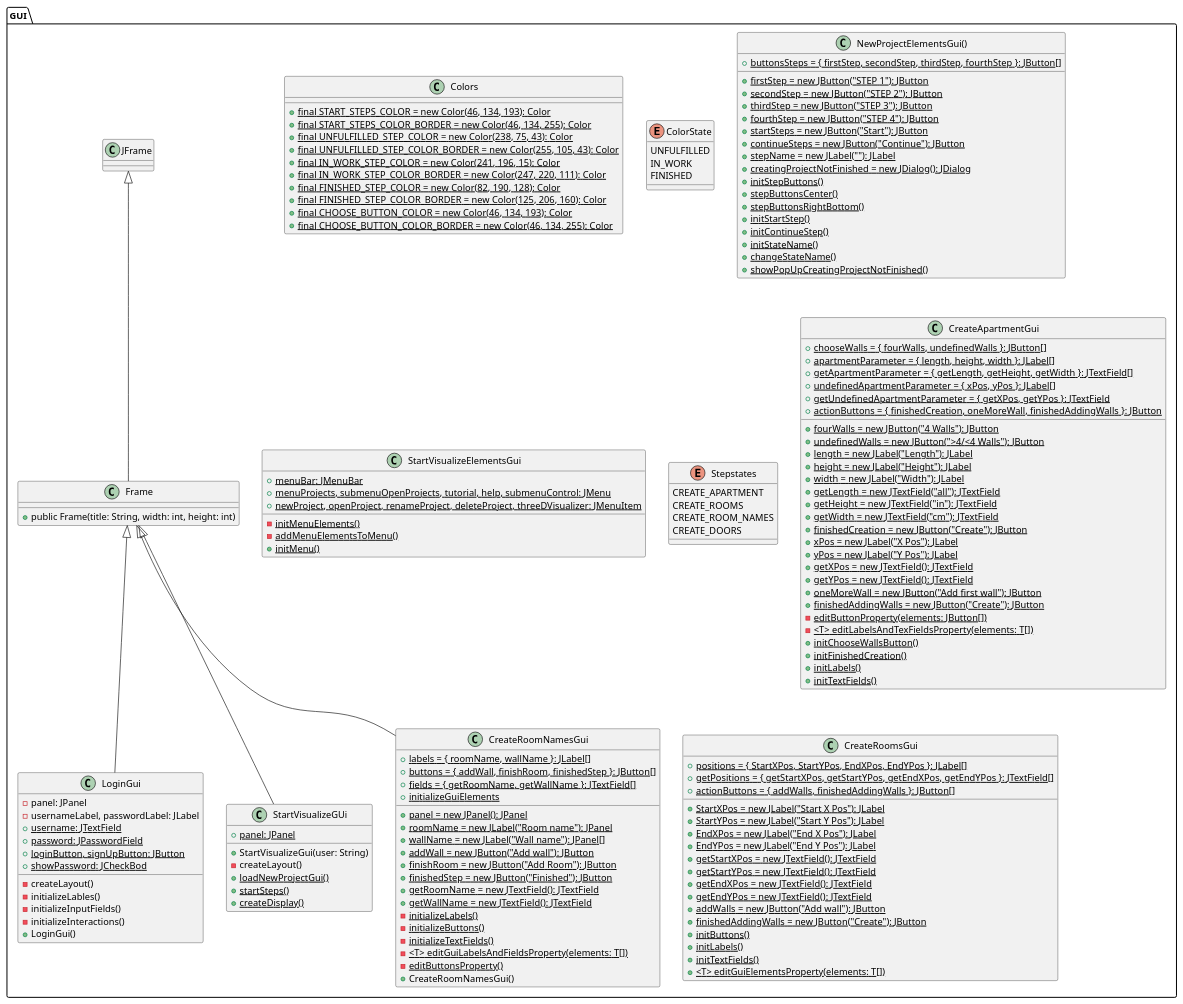
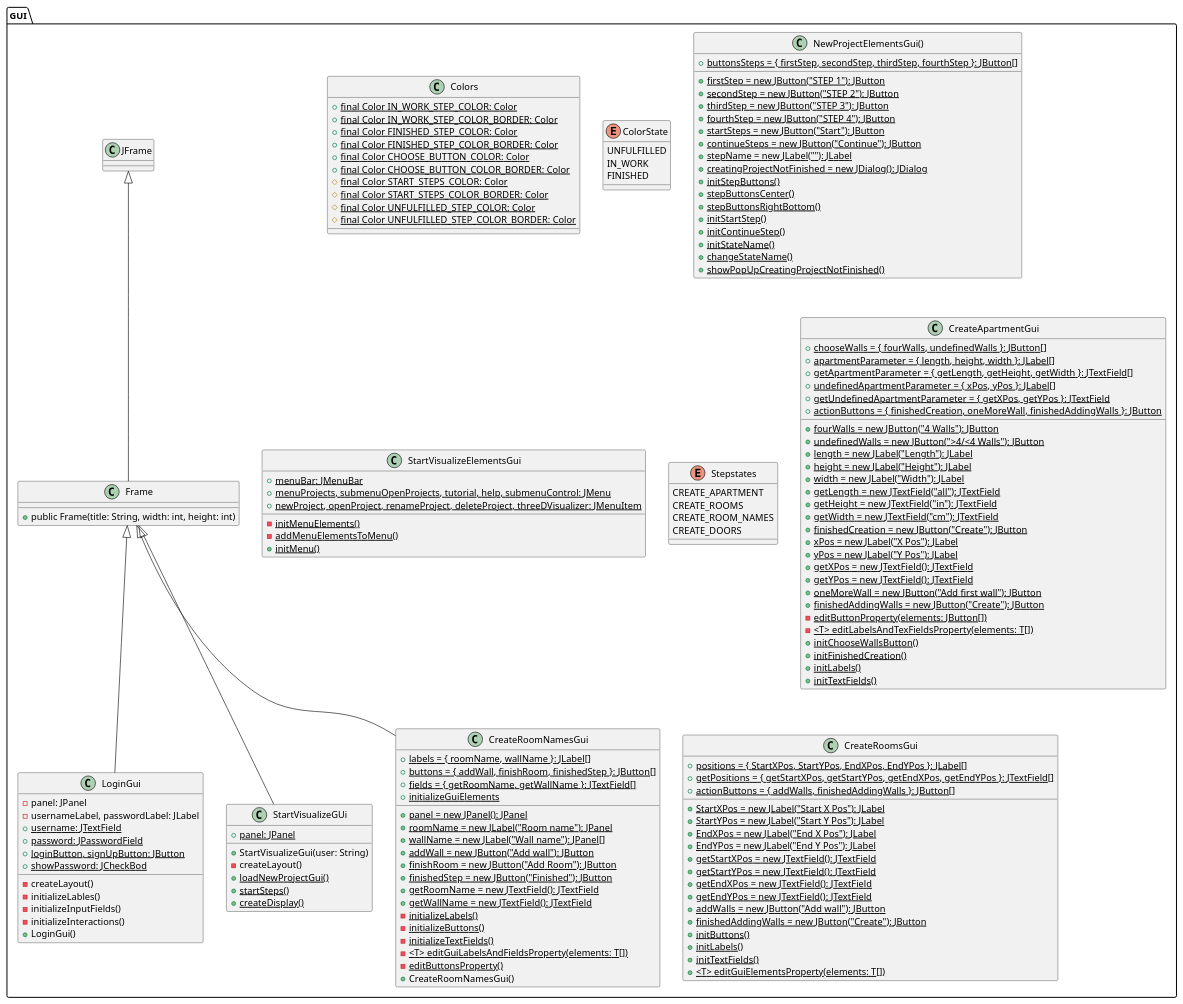
One commit to Raboro/Home-Visualizer changed the diagram in doc/Diagrams/class diagrams/GUI class diagram.md. Above: the diagram before and after it, drawn with PlantUML.

```diff
--- a/doc/Diagrams/class diagrams/GUI class diagram.md
+++ b/doc/Diagrams/class diagrams/GUI class diagram.md
@@ -30,16 +30,16 @@
     }
 
     class Colors {
-        {static} +  final START_STEPS_COLOR = new Color(46, 134, 193): Color
-        {static} +  final START_STEPS_COLOR_BORDER = new Color(46, 134, 255): Color
-        {static} +  final UNFULFILLED_STEP_COLOR = new Color(238, 75, 43): Color
-        {static} +  final UNFULFILLED_STEP_COLOR_BORDER = new Color(255, 105, 43): Color
-        {static} +  final IN_WORK_STEP_COLOR = new Color(241, 196, 15): Color
-        {static} +  final IN_WORK_STEP_COLOR_BORDER = new Color(247, 220, 111): Color
-        {static} +  final FINISHED_STEP_COLOR = new Color(82, 190, 128): Color
-        {static} +  final FINISHED_STEP_COLOR_BORDER = new Color(125, 206, 160): Color
-        {static} +  final CHOOSE_BUTTON_COLOR = new Color(46, 134, 193): Color
-        {static} +  final CHOOSE_BUTTON_COLOR_BORDER = new Color(46, 134, 255): Color
+        {static} + final Color IN_WORK_STEP_COLOR: Color
+        {static} + final Color IN_WORK_STEP_COLOR_BORDER: Color
+        {static} + final Color FINISHED_STEP_COLOR: Color
+        {static} + final Color FINISHED_STEP_COLOR_BORDER: Color
+        {static} + final Color CHOOSE_BUTTON_COLOR: Color
+        {static} + final Color CHOOSE_BUTTON_COLOR_BORDER: Color
+        {static} # final Color START_STEPS_COLOR: Color
+        {static} # final Color START_STEPS_COLOR_BORDER: Color
+        {static} # final Color UNFULFILLED_STEP_COLOR: Color
+        {static} # final Color UNFULFILLED_STEP_COLOR_BORDER: Color
     }
 
     enum ColorState {
```
